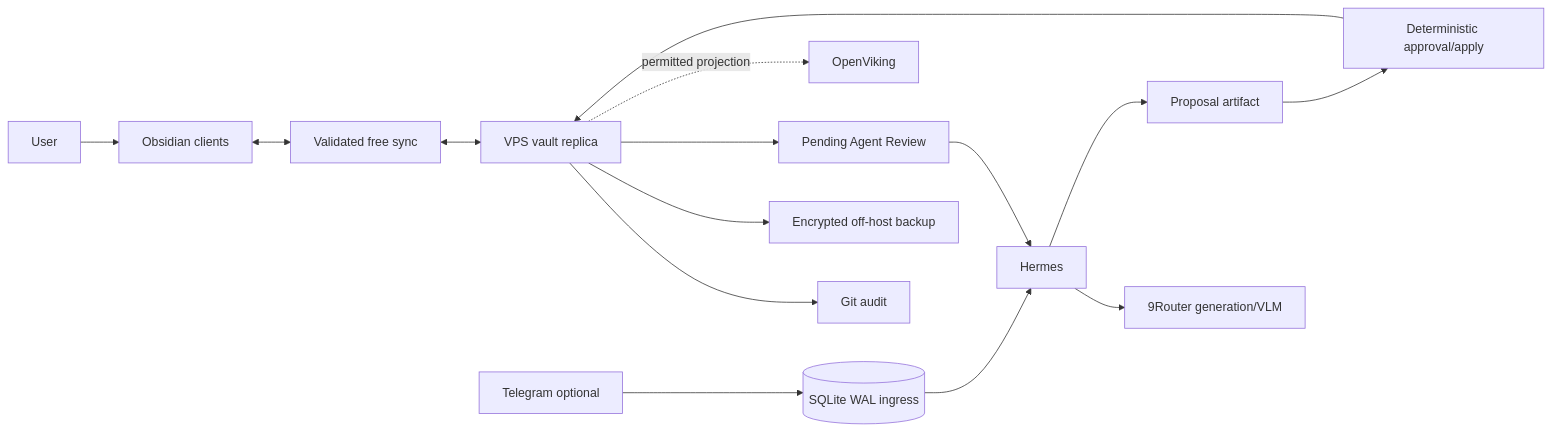
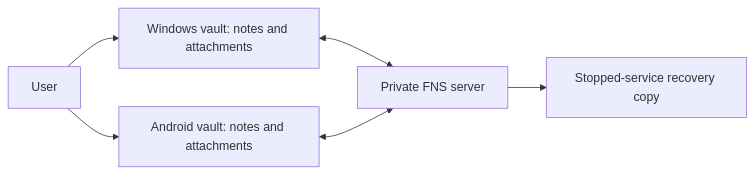
The diagram in docs/system-design.md (tienbac2314/north-obsidian-vault), drawn with Mermaid before and after one commit. The commit also changed other lines of this file and 71 other files, not shown here.

````diff
--- a/docs/system-design.md
+++ b/docs/system-design.md
@@ -62,17 +184,8 @@
 ```mermaid
 flowchart LR
-    U["User"] --> O["Obsidian clients"]
-    O <--> S["Validated free sync"]
-    S <--> V["VPS vault replica"]
-    V --> G["Git audit"]
-    V --> B["Encrypted off-host backup"]
-    V --> Q["Pending Agent Review"]
-    Q --> H["Hermes"]
-    H --> R["9Router generation/VLM"]
-    H --> P["Proposal artifact"]
-    P --> A["Deterministic approval/apply"]
-    A --> V
-    V -. permitted projection .-> X["OpenViking"]
-    T["Telegram optional"] --> I[("SQLite WAL ingress")]
-    I --> H
+    U["User"] --> W["Windows vault: notes and attachments"]
+    U --> A["Android vault: notes and attachments"]
+    W <--> F["Private FNS server"]
+    A <--> F
+    F --> R["Stopped-service recovery copy"]
 ```
````
